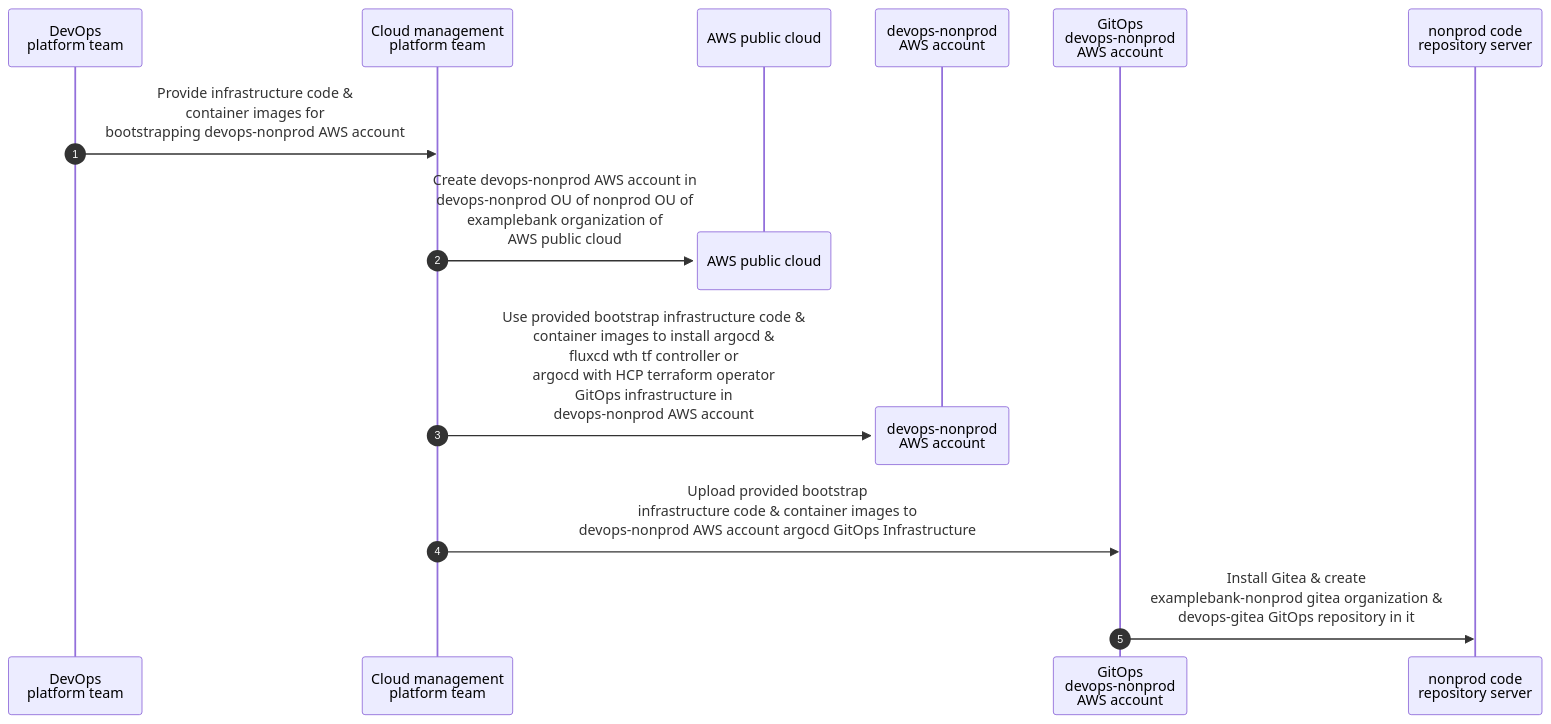
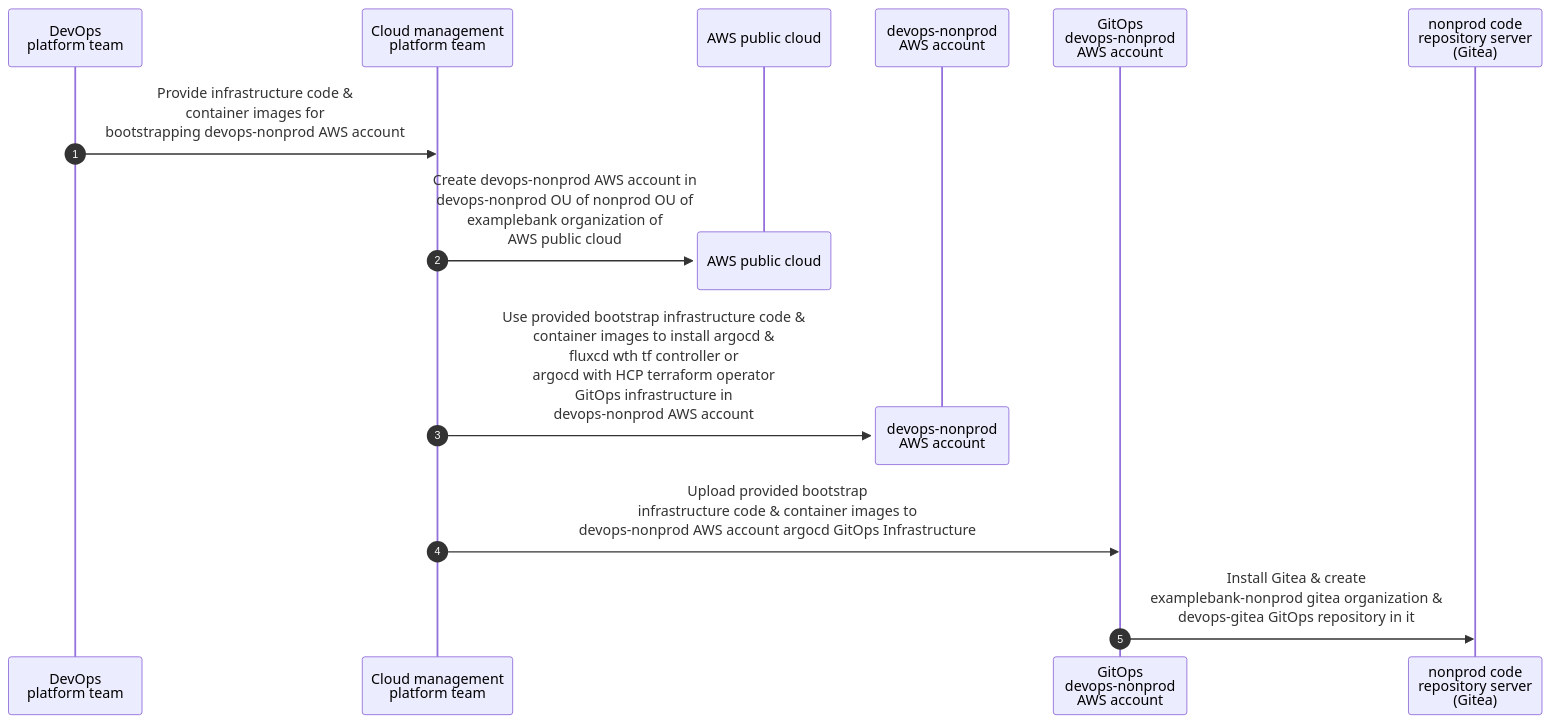
The seventh of 9 diagrams in docs/pages/docs/design.md (devopscodegen/architecture), drawn with Mermaid before and after one commit. The commit also changed other lines of this file, not shown here.

````diff
--- a/docs/pages/docs/design.md
+++ b/docs/pages/docs/design.md
@@ -486,17 +486,17 @@
 ```mermaid
 sequenceDiagram
   autonumber
   participant devops_platform_team as DevOps<br>platform team
   participant cloud_management_platform_team as Cloud management<br>platform team
   participant aws_public_cloud as AWS public cloud
   participant devops_nonprod_aws_account as devops-nonprod<br>AWS account
   participant gitops_devops_nonprod_aws_account as GitOps<br>devops-nonprod <br>AWS account
-  participant nonprod_code_repository_server as nonprod code <br>repository server
+  participant nonprod_code_repository_server_gitea as nonprod code <br>repository server<br>(Gitea)
   devops_platform_team->>cloud_management_platform_team : Provide infrastructure code &<br> container images for <br>bootstrapping devops-nonprod AWS account
   destroy aws_public_cloud 
   cloud_management_platform_team->>aws_public_cloud : Create devops-nonprod AWS account in<br>devops-nonprod OU of nonprod OU of <br>examplebank organization of<br> AWS public cloud
   destroy devops_nonprod_aws_account
   cloud_management_platform_team->>devops_nonprod_aws_account : Use provided bootstrap infrastructure code &<br> container images to install argocd &<br> fluxcd wth tf controller or<br> argocd with HCP terraform operator<br>GitOps infrastructure in<br> devops-nonprod AWS account 
   cloud_management_platform_team->>gitops_devops_nonprod_aws_account : Upload provided bootstrap <br>infrastructure code & container images to<br> devops-nonprod AWS account argocd GitOps Infrastructure
-  gitops_devops_nonprod_aws_account->>nonprod_code_repository_server : Install Gitea & create <br>examplebank-nonprod gitea organization &<br> devops-gitea GitOps repository in it
+  gitops_devops_nonprod_aws_account->>nonprod_code_repository_server_gitea : Install Gitea & create <br>examplebank-nonprod gitea organization &<br> devops-gitea GitOps repository in it
 ```
````
